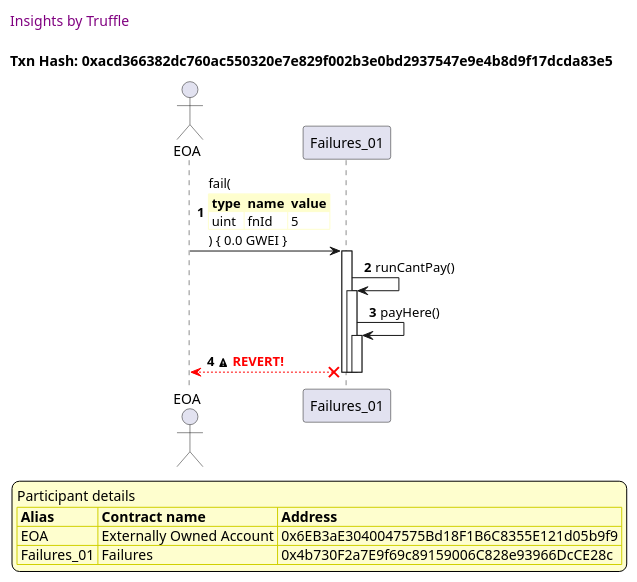
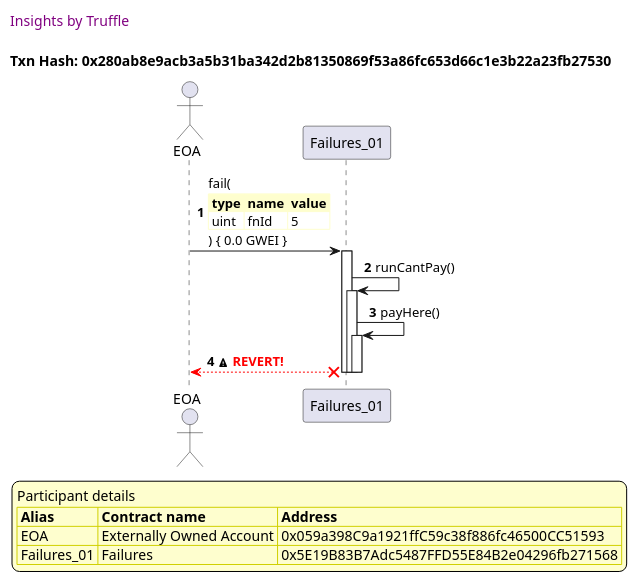
Before and after one commit to trufflesuite/txlog-seedlings: the sixth of 12 diagrams in truffle-seq/failures.test.md, drawn with PlantUML. The commit also changed other lines of this file and 8 other files, not shown here.

````diff
--- a/truffle-seq/failures.test.md
+++ b/truffle-seq/failures.test.md
@@ -290,45 +290,45 @@
 ```plantuml
 
 
 @startuml
 
 autonumber
 skinparam legendBackgroundColor #FEFECE
 
 <style>
       header {
         HorizontalAlignment left
         FontColor purple
         FontSize 14
         Padding 10
       }
     </style>
 
 header Insights by Truffle
 
-title Txn Hash: 0xacd366382dc760ac550320e7e829f002b3e0bd2937547e9e4b8d9f17dcda83e5
+title Txn Hash: 0x280ab8e9acb3a5b31ba342d2b81350869f53a86fc653d66c1e3b22a23fb27530
 
 
 actor EOA as "EOA"
 participant Failures_01 as "Failures_01"
 
 "EOA" -> "Failures_01" ++: fail(\n\
 <#FEFECE,#FEFECE>|= type |= name |= value |\n\
 | uint | fnId | 5 |\n\
 ) { 0.0 GWEI }
 "Failures_01" -> "Failures_01" ++: runCantPay()
 "Failures_01" -> "Failures_01" ++: payHere()
 "Failures_01" x-[#red]-> "EOA" --: <&warning> <color #red>**REVERT!**</color>
 deactivate "Failures_01"
 deactivate "Failures_01"
 deactivate "Failures_01"
 
 legend
 Participant details
 <#FEFECE,#D0D000>|= Alias |= Contract name |= Address |
-<#FEFECE>| EOA | Externally Owned Account | 0x6EB3aE3040047575Bd18F1B6C8355E121d05b9f9 |
-<#FEFECE>| Failures_01 | Failures | 0x4b730F2a7E9f69c89159006C828e93966DcCE28c |
+<#FEFECE>| EOA | Externally Owned Account | 0x059a398C9a1921ffC59c38f886fc46500CC51593 |
+<#FEFECE>| Failures_01 | Failures | 0x5E19B83B7Adc5487FFD55E84B2e04296fb271568 |
 endlegend
 
 @enduml
 ```
````
